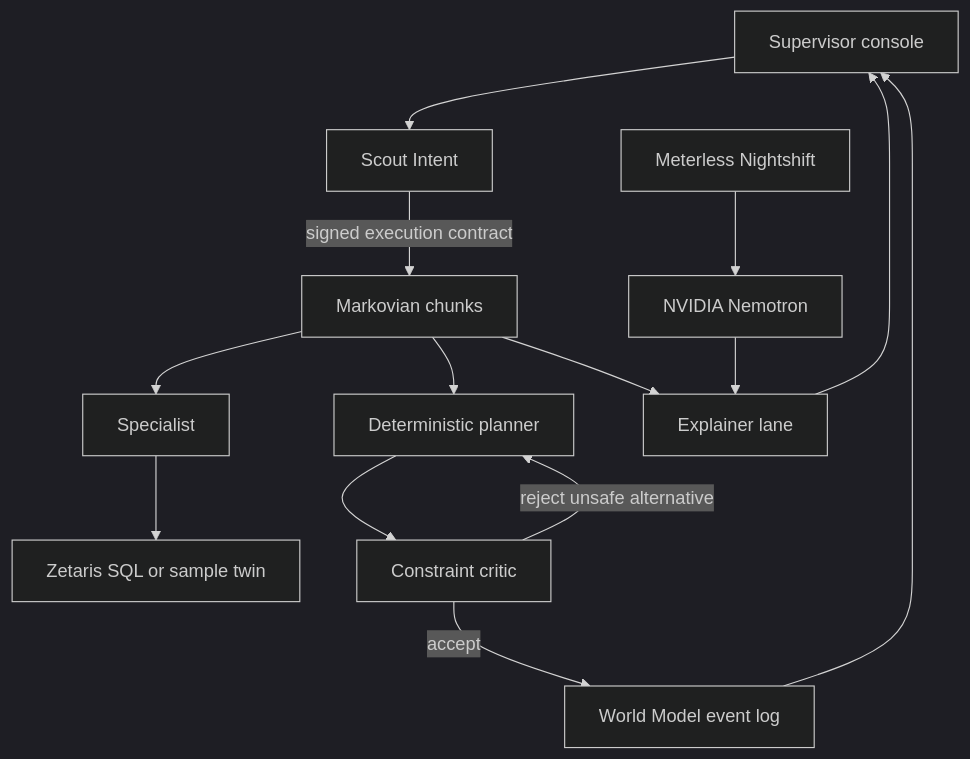
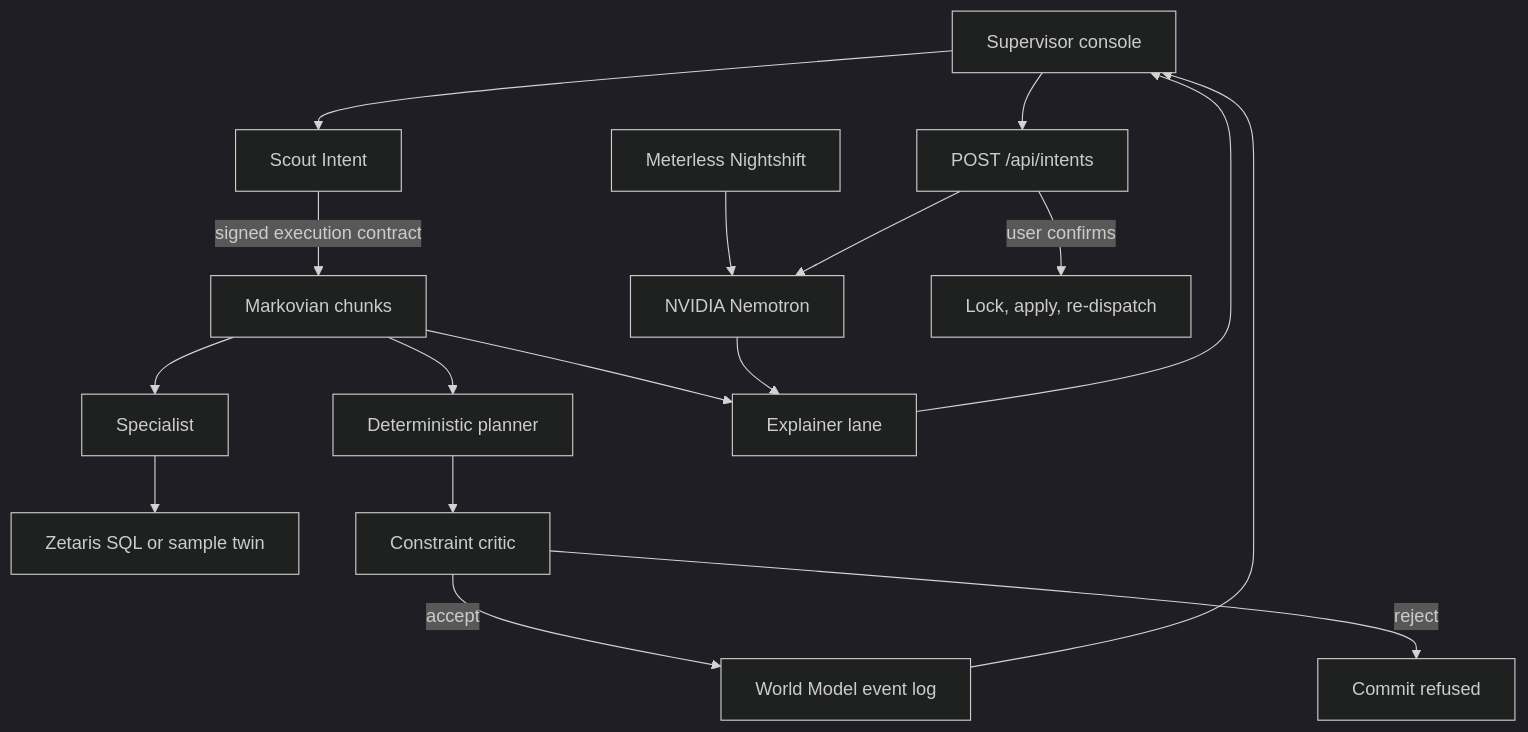
Before and after one commit to Toygaolingxiao/ResiliMES-AI: the diagram in README.md, drawn with Mermaid (dark theme). The commit also changed other lines of this file and 7 other files, not shown here.

First line of the commit message:
Document the intent API and drop the false critic loop

````diff
--- a/README.md
+++ b/README.md
@@ -38,16 +38,19 @@
 ```mermaid
 flowchart TD
   user[Supervisor console] --> scout[Scout Intent]
   scout -->|signed execution contract| loop[Markovian chunks]
   loop --> specialist[Specialist]
   specialist --> data[Zetaris SQL or sample twin]
   loop --> planner[Deterministic planner]
   planner --> critic[Constraint critic]
-  critic -->|reject unsafe alternative| planner
   critic -->|accept| world[World Model event log]
+  critic -->|reject| refused[Commit refused]
   loop --> explain[Explainer lane]
   nightshift[Meterless Nightshift] --> nemotron[NVIDIA Nemotron]
+  user --> intents[POST /api/intents]
+  intents --> nemotron
+  intents -->|user confirms| txn[Lock, apply, re-dispatch]
   nemotron --> explain
   world --> user
   explain --> user
 ```
````
